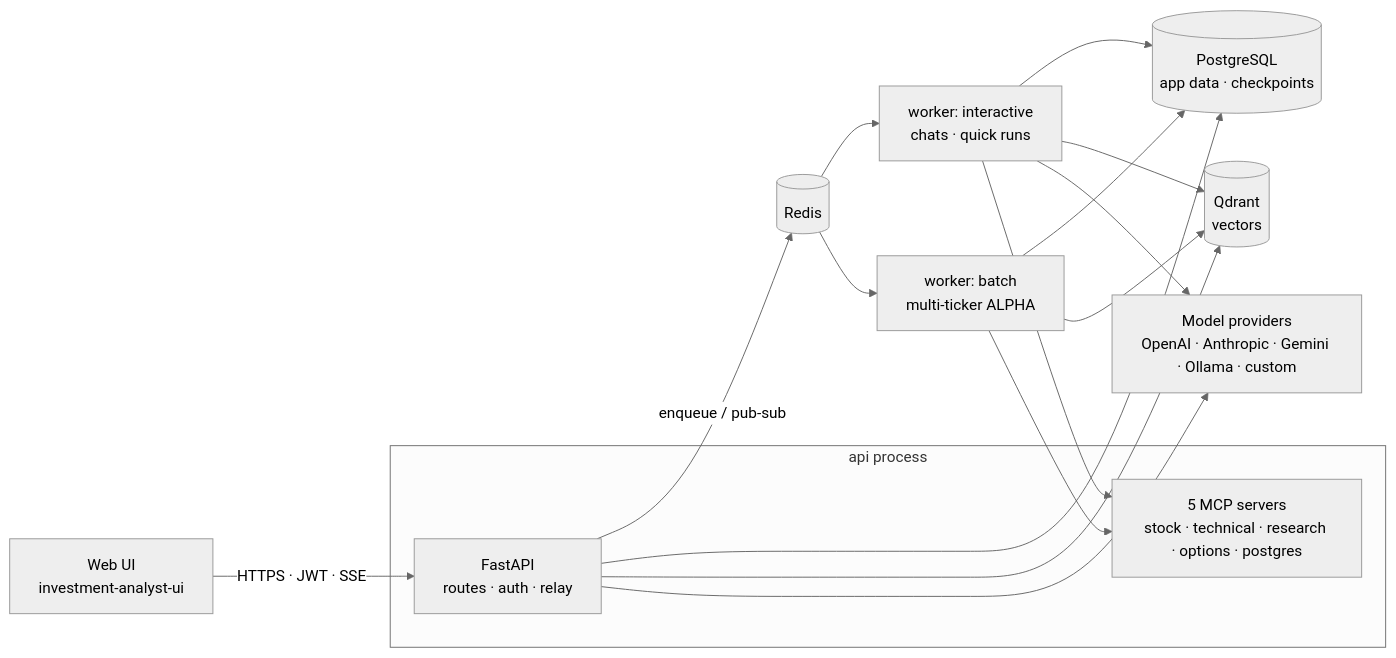
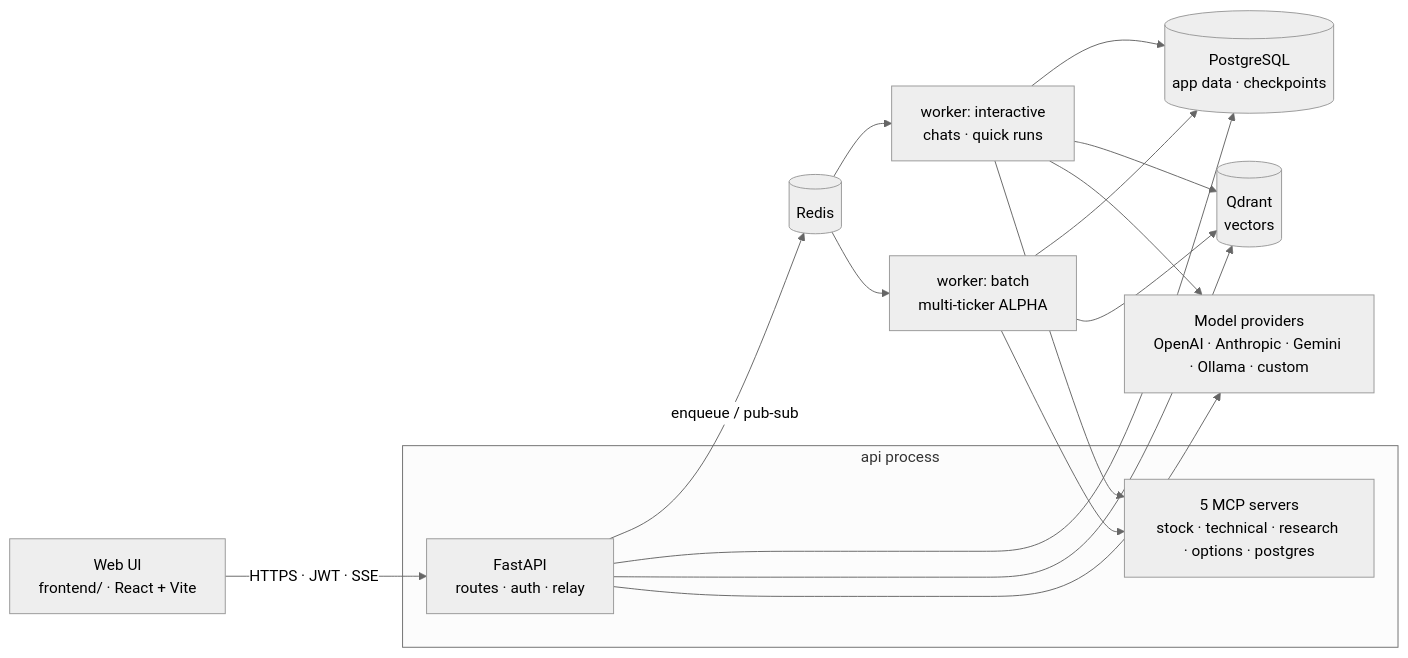
The diagram in docs/ARCHITECTURE.md (Ganesh-K-Indium/Investment_Analyst), drawn with Mermaid (neutral theme) before and after one commit. The commit also changed other lines of this file and 201 other files, not shown here.

````diff
--- a/docs/ARCHITECTURE.md
+++ b/docs/ARCHITECTURE.md
@@ -11,24 +11,24 @@
 ```mermaid
 flowchart LR
-    UI["Web UI<br/>investment-analyst-ui"] -->|HTTPS · JWT · SSE| API
+    UI["Web UI<br/>frontend/ · React + Vite"] -->|HTTPS · JWT · SSE| API
 
     subgraph API_C["api process"]
       API["FastAPI<br/>routes · auth · relay"]
       MCP["5 MCP servers<br/>stock · technical · research · options · postgres"]
     end
 
     API -->|enqueue / pub-sub| RD[("Redis")]
     RD --> WI["worker: interactive<br/>chats · quick runs"]
     RD --> WB["worker: batch<br/>multi-ticker ALPHA"]
 
     API --> PG[("PostgreSQL<br/>app data · checkpoints")]
     WI --> PG
     WB --> PG
     API --> QD[("Qdrant<br/>vectors")]
     WI --> QD
     WB --> QD
     WI --> MCP
     WB --> MCP
     API --> LLM["Model providers<br/>OpenAI · Anthropic · Gemini · Ollama · custom"]
     WI --> LLM
 ```
````
